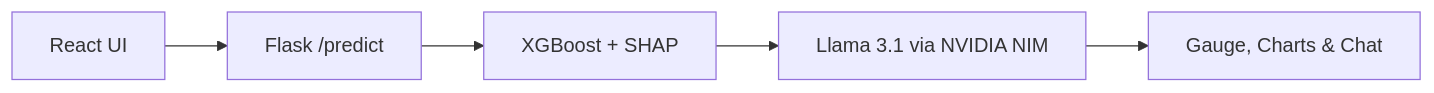
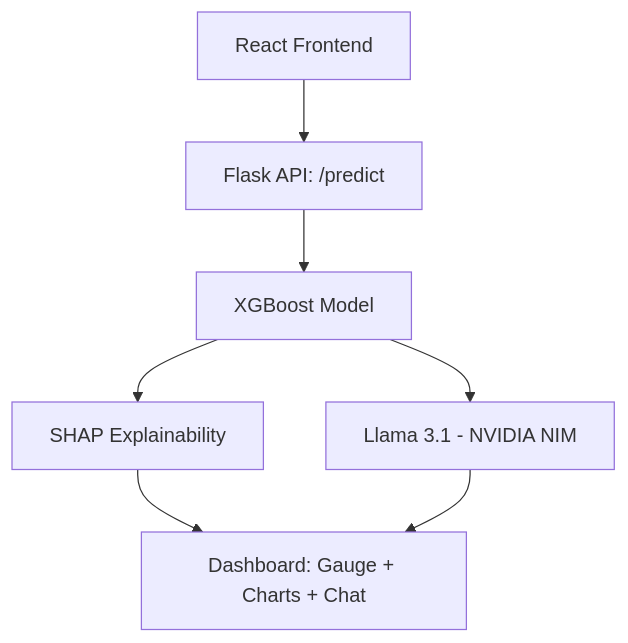
The diagram in README.md (m-rishab/Credit-Risk-StressLab), drawn with Mermaid before and after one commit.

````diff
--- a/README.md
+++ b/README.md
@@ -19,7 +19,9 @@
 ```mermaid
-graph LR
-    A[React UI] --> B[Flask /predict]
-    B --> C[XGBoost + SHAP]
-    C --> D[Llama 3.1 via NVIDIA NIM]
-    D --> E[Gauge, Charts & Chat]
+graph TD
+    A[React Frontend] --> B[Flask API: /predict]
+    B --> C[XGBoost Model]
+    C --> D[SHAP Explainability]
+    C --> E[Llama 3.1 - NVIDIA NIM]
+    D --> F[Dashboard: Gauge + Charts + Chat]
+    E --> F
 ```
````
